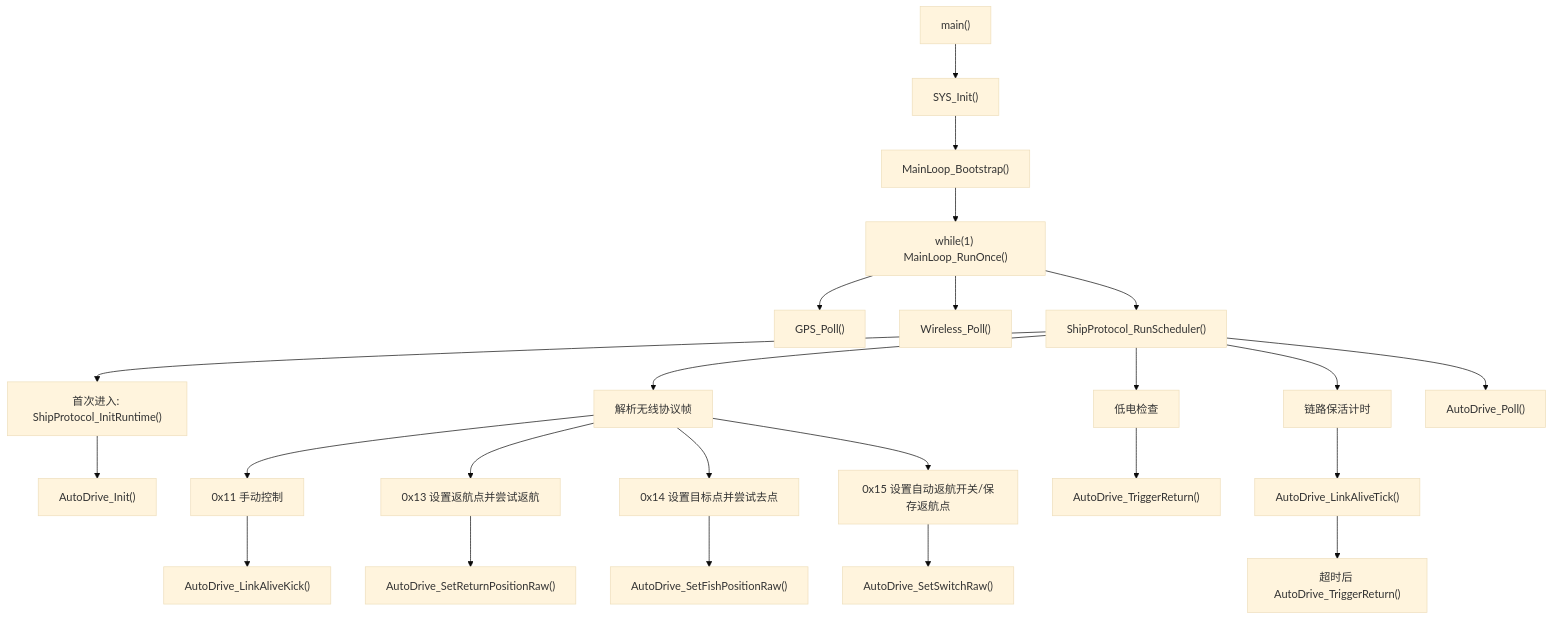
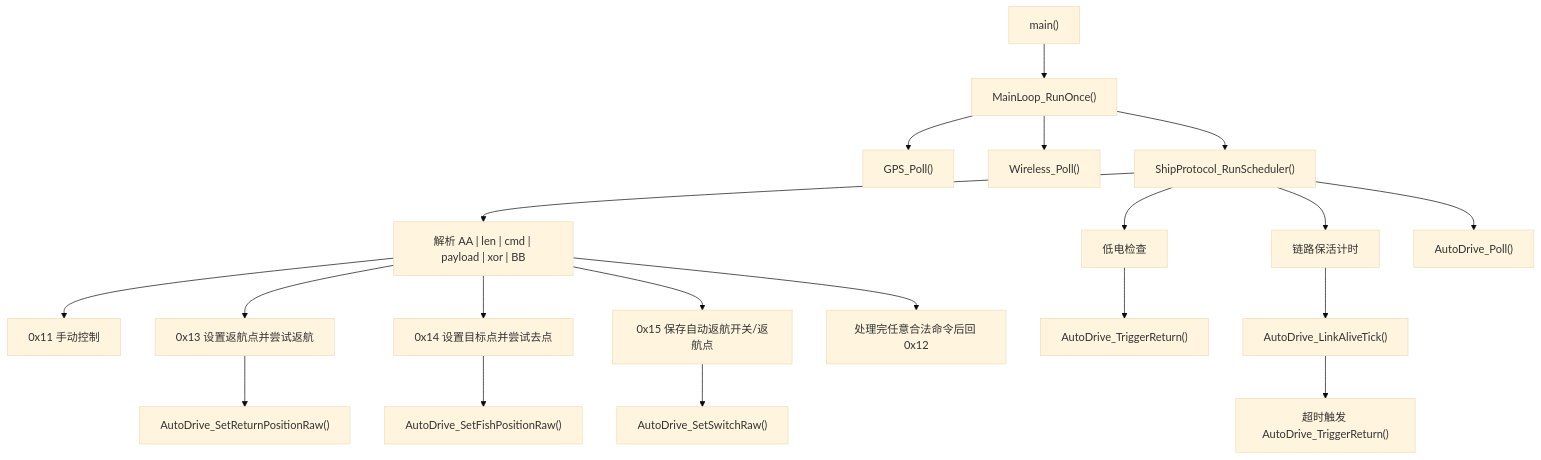
Before and after one commit to B0weny-qwq/Black_Pearl: the diagram in doc/return_home_logic/README.md, drawn with Mermaid (base theme). The commit also changed other lines of this file and 2 other files, not shown here.

Commit message:
Align waypoint protocol to big-endian

````diff
--- a/doc/return_home_logic/README.md
+++ b/doc/return_home_logic/README.md
@@ -22,35 +22,27 @@
 ```mermaid
 flowchart TD
-    A["main()"] --> B["SYS_Init()"]
-    B --> C["MainLoop_Bootstrap()"]
-    C --> D["while(1) MainLoop_RunOnce()"]
+    A["main()"] --> B["MainLoop_RunOnce()"]
+    B --> C["GPS_Poll()"]
+    B --> D["Wireless_Poll()"]
+    B --> E["ShipProtocol_RunScheduler()"]
 
-    D --> E["GPS_Poll()"]
-    D --> F["Wireless_Poll()"]
-    D --> G["ShipProtocol_RunScheduler()"]
+    E --> F["解析 AA | len | cmd | payload | xor | BB"]
+    F --> G["0x11 手动控制"]
+    F --> H["0x13 设置返航点并尝试返航"]
+    F --> I["0x14 设置目标点并尝试去点"]
+    F --> J["0x15 保存自动返航开关/返航点"]
 
-    G --> G1["首次进入: ShipProtocol_InitRuntime()"]
-    G1 --> G2["AutoDrive_Init()"]
+    H --> H1["AutoDrive_SetReturnPositionRaw()"]
+    I --> I1["AutoDrive_SetFishPositionRaw()"]
+    J --> J1["AutoDrive_SetSwitchRaw()"]
 
-    G --> H["解析无线协议帧"]
-    H --> H1["0x11 手动控制"]
-    H1 --> H2["AutoDrive_LinkAliveKick()"]
+    E --> K["低电检查"]
+    K --> K1["AutoDrive_TriggerReturn()"]
 
-    H --> H3["0x13 设置返航点并尝试返航"]
-    H3 --> H4["AutoDrive_SetReturnPositionRaw()"]
+    E --> L["链路保活计时"]
+    L --> L1["AutoDrive_LinkAliveTick()"]
+    L1 --> L2["超时触发 AutoDrive_TriggerReturn()"]
 
-    H --> H5["0x14 设置目标点并尝试去点"]
-    H5 --> H6["AutoDrive_SetFishPositionRaw()"]
-
-    H --> H7["0x15 设置自动返航开关/保存返航点"]
-    H7 --> H8["AutoDrive_SetSwitchRaw()"]
-
-    G --> I["低电检查"]
-    I --> I1["AutoDrive_TriggerReturn()"]
-
-    G --> J["链路保活计时"]
-    J --> J1["AutoDrive_LinkAliveTick()"]
-    J1 --> J2["超时后 AutoDrive_TriggerReturn()"]
-
-    G --> K["AutoDrive_Poll()"]
+    E --> M["AutoDrive_Poll()"]
+    F --> N["处理完任意合法命令后回 0x12"]
 ```
````
